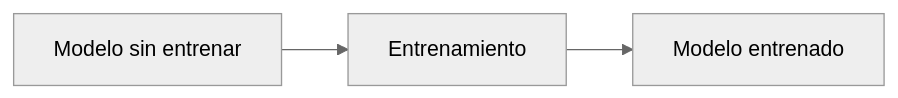
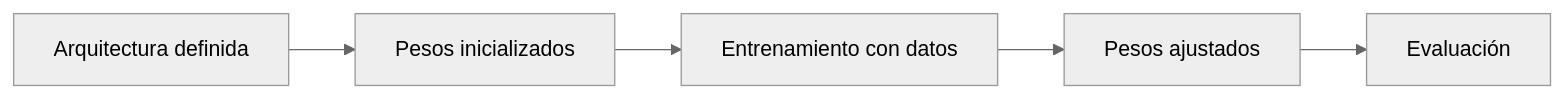
One commit to jesusmanueldl/como-funciona-la-ia changed the diagram in docs/10-llm.md. Above: the diagram before and after it, drawn with Mermaid (neutral theme). The commit also changed other lines of this file and 30 other files, not shown here.

````diff
--- a/docs/10-llm.md
+++ b/docs/10-llm.md
@@ -9,5 +21,7 @@
 ```mermaid
 flowchart LR
-  A[Modelo sin entrenar] --> B[Entrenamiento]
-  B --> C[Modelo entrenado]
+  A[Arquitectura definida] --> B[Pesos inicializados]
+  B --> C[Entrenamiento con datos]
+  C --> D[Pesos ajustados]
+  D --> E[Evaluación]
 ```
````
